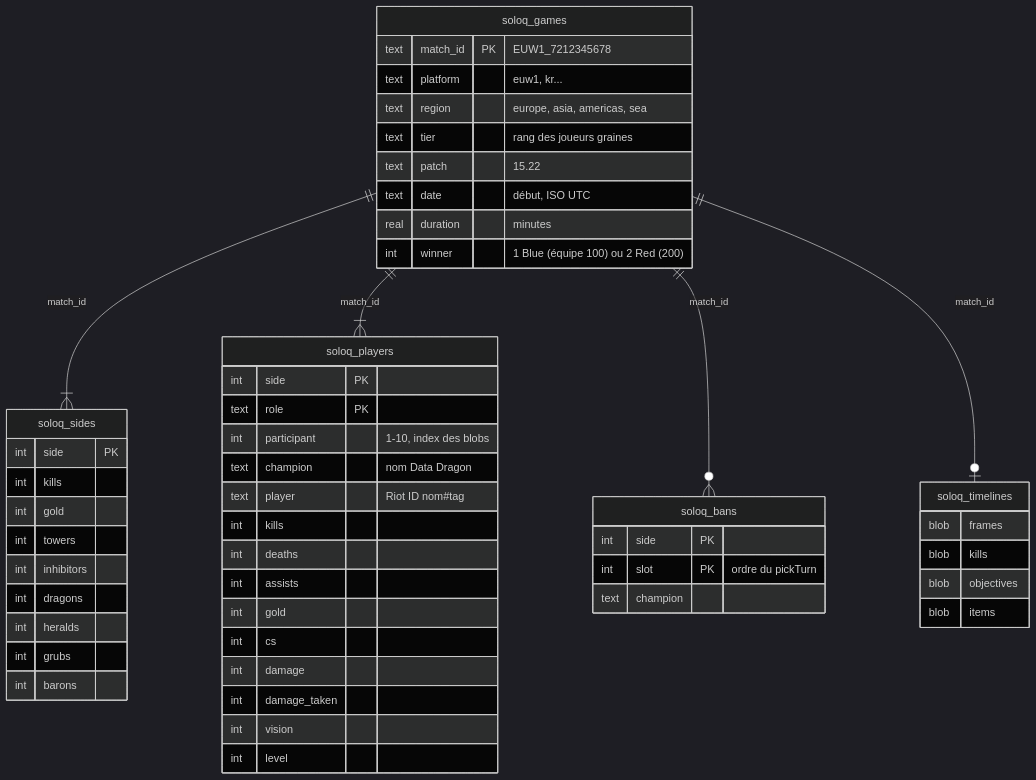
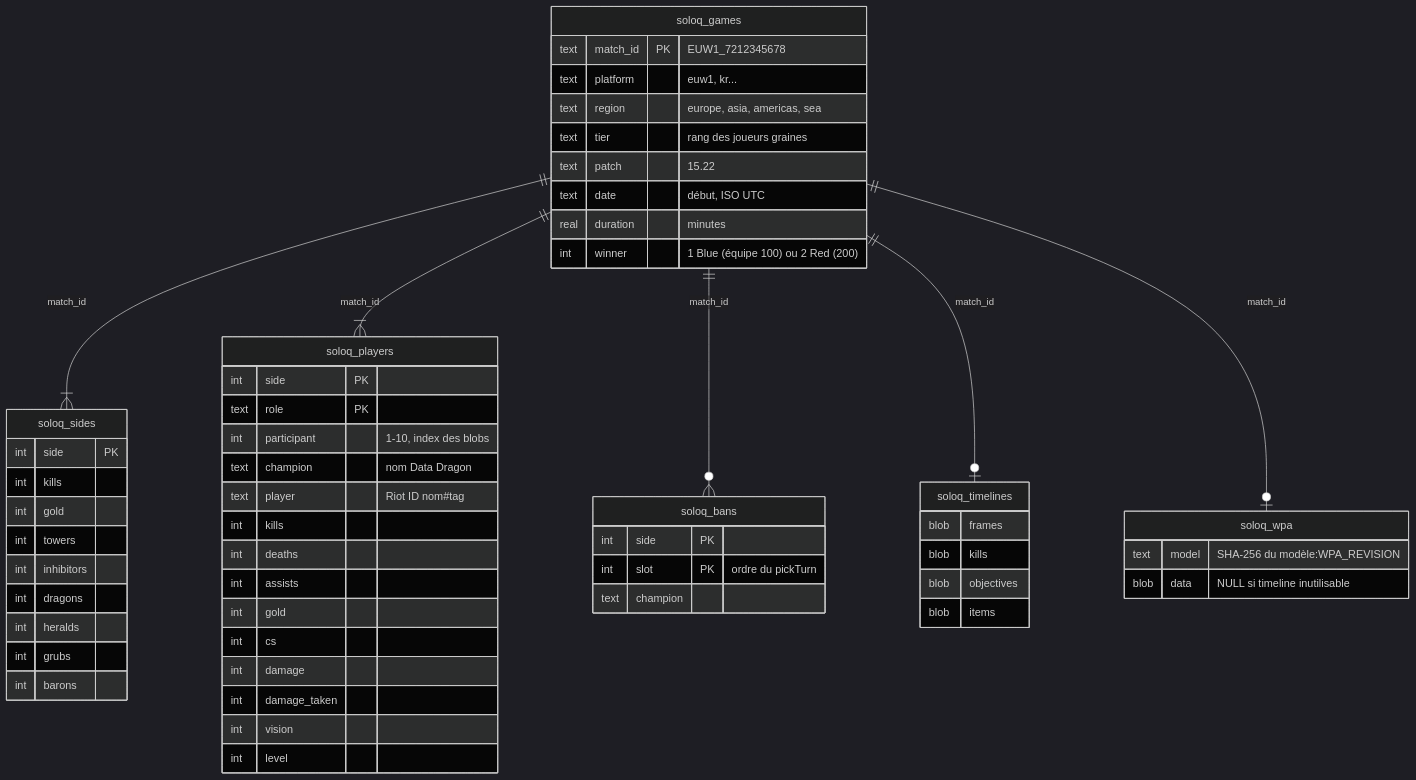
Before and after one commit to Petitclg/league-pro-comp: the second of 2 diagrams in docs/data-model.md, drawn with Mermaid (dark theme). The commit also changed other lines of this file and 5 other files, not shown here.

Commit message:
Compute win probability and WPA of solo queue games: pure-Python model evaluator, item and event WPA, soloq_wpa cache filled in the background and /api/wpa routes

````diff
--- a/docs/data-model.md
+++ b/docs/data-model.md
@@ -93,55 +93,60 @@
 ```mermaid
 erDiagram
     soloq_games ||--|{ soloq_sides : "match_id"
     soloq_games ||--|{ soloq_players : "match_id"
     soloq_games ||--o{ soloq_bans : "match_id"
     soloq_games ||--o| soloq_timelines : "match_id"
+    soloq_games ||--o| soloq_wpa : "match_id"
     soloq_games {
         text match_id PK "EUW1_7212345678"
         text platform "euw1, kr..."
         text region "europe, asia, americas, sea"
         text tier "rang des joueurs graines"
         text patch "15.22"
         text date "début, ISO UTC"
         real duration "minutes"
         int winner "1 Blue (équipe 100) ou 2 Red (200)"
     }
     soloq_sides {
         int side PK
         int kills
         int gold
         int towers
         int inhibitors
         int dragons
         int heralds
         int grubs
         int barons
     }
     soloq_players {
         int side PK
         text role PK
         int participant "1-10, index des blobs"
         text champion "nom Data Dragon"
         text player "Riot ID nom#tag"
         int kills
         int deaths
         int assists
         int gold
         int cs
         int damage
         int damage_taken
         int vision
         int level
     }
     soloq_bans {
         int side PK
         int slot PK "ordre du pickTurn"
         text champion
     }
     soloq_timelines {
         blob frames
         blob kills
         blob objectives
         blob items
     }
+    soloq_wpa {
+        text model "SHA-256 du modèle:WPA_REVISION"
+        blob data "NULL si timeline inutilisable"
+    }
 ```
````
